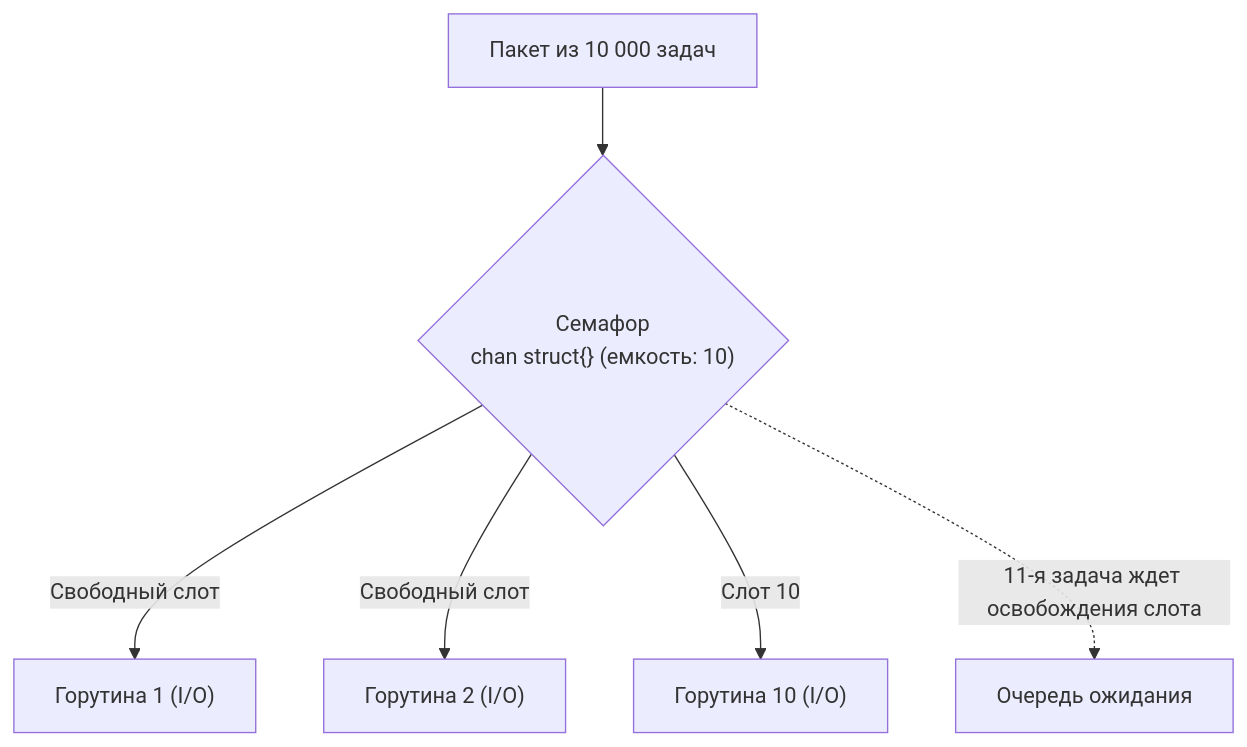
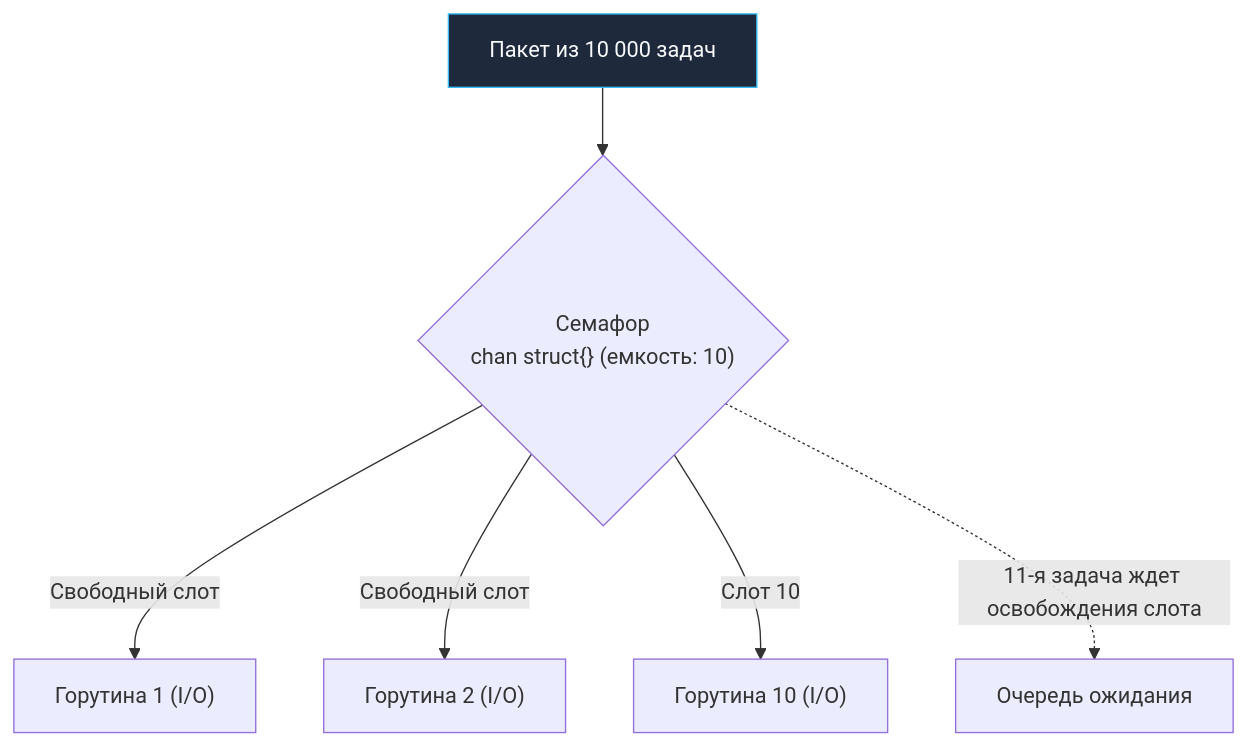
One commit to UnrealTemplier/go-textbook changed the fourth of 5 diagrams in sources/10. Проектирование API и Сетевые протоколы/39. API performance.md. Above: the diagram before and after it, drawn with Mermaid. The commit also changed other lines of this file and 1666 other files, not shown here.

First line of the commit message:
feat(mermaid): add semantic color classDef to 1369 colorless flowchart/graph diagrams

````diff
--- a/sources/10. Проектирование API и Сетевые протоколы/39. API performance.md
+++ b/sources/10. Проектирование API и Сетевые протоколы/39. API performance.md
@@ -217,8 +247,18 @@
 ```mermaid
 flowchart TD
-    TaskIn["Пакет из 10 000 задач"] --> WorkerPool{"Семафор\nchan struct{} (емкость: 10)"}
+    classDef process  fill:#1e293b,stroke:#38bdf8,stroke-width:1px,color:#f8fafc
+    classDef success  fill:#064e3b,stroke:#34d399,stroke-width:1px,color:#f8fafc
+    classDef error    fill:#7f1d1d,stroke:#f87171,stroke-width:1px,color:#f8fafc
+    classDef warning  fill:#78350f,stroke:#fbbf24,stroke-width:1px,color:#f8fafc
+    classDef entry    fill:#1e3a5f,stroke:#38bdf8,stroke-width:2px,color:#f8fafc
+    classDef aux      fill:#334155,stroke:#64748b,stroke-width:1px,color:#f8fafc
+    classDef system   fill:#312e81,stroke:#a78bfa,stroke-width:1px,color:#f8fafc
+    classDef data     fill:#132d29,stroke:#2dd4bf,stroke-width:1px,color:#f8fafc
+    classDef network  fill:#881337,stroke:#fb7185,stroke-width:1px,color:#f8fafc
+    classDef accent   fill:#1e1b4b,stroke:#818cf8,stroke-width:1px,color:#f8fafc
+    TaskIn["Пакет из 10 000 задач"]:::process --> WorkerPool{"Семафор\nchan struct{} (емкость: 10)"}
     WorkerPool -->|"Свободный слот"| G1["Горутина 1 (I/O)"]
     WorkerPool -->|"Свободный слот"| G2["Горутина 2 (I/O)"]
     WorkerPool -->|"Слот 10"| G10["Горутина 10 (I/O)"]
     WorkerPool -.->|"11-я задача ждет освобождения слота"| Queue["Очередь ожидания"]
 ```
````
